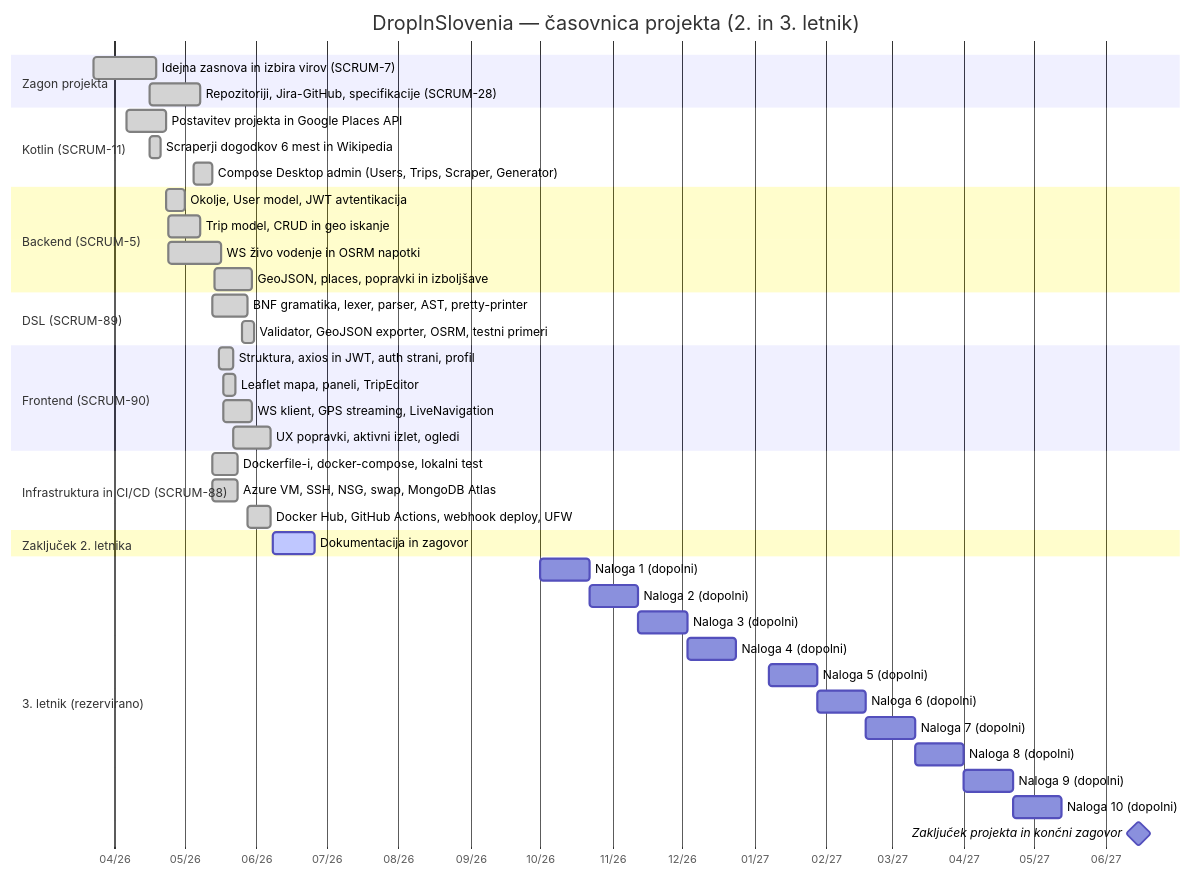
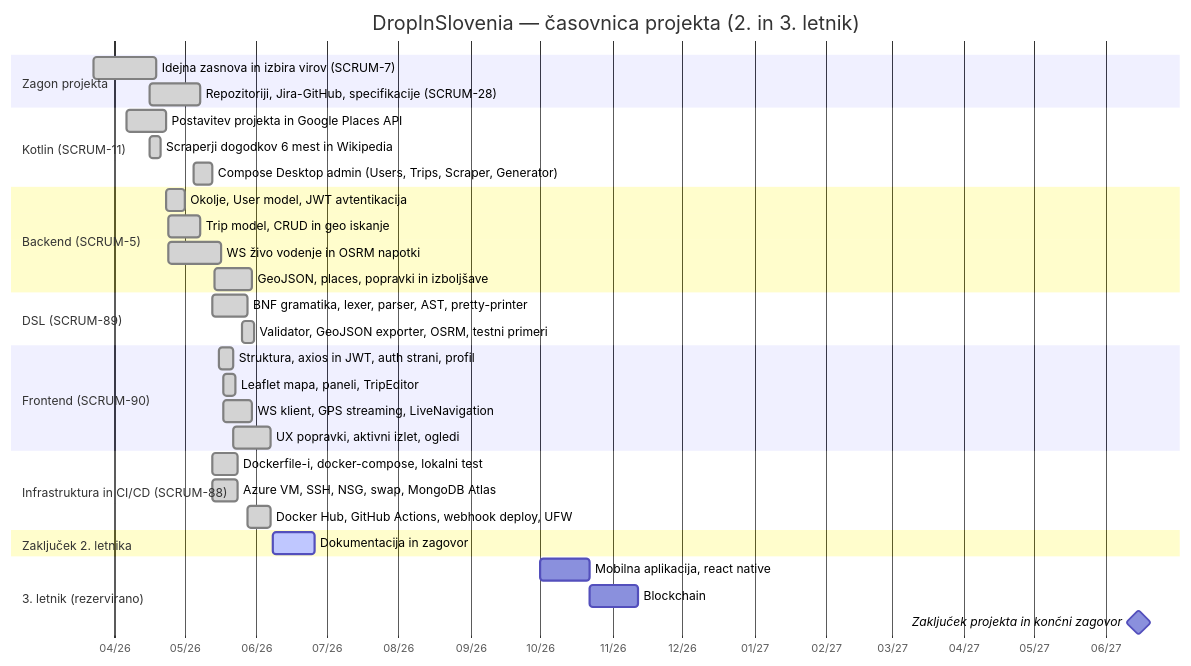
One commit to DropInSlovenia/dokumentacija changed the first of 11 diagrams in DOKUMENTACIJA.md. Above: the diagram before and after it, drawn with Mermaid.

````diff
--- a/DOKUMENTACIJA.md
+++ b/DOKUMENTACIJA.md
@@ -57,52 +57,44 @@
 ```mermaid
 gantt
     title DropInSlovenia — časovnica projekta (2. in 3. letnik)
     dateFormat  YYYY-MM-DD
     axisFormat  %m/%y
 
     section Zagon projekta
     Idejna zasnova in izbira virov (SCRUM-7)              :done, vir,   2026-03-23, 2026-04-19
     Repozitoriji, Jira-GitHub, specifikacije (SCRUM-28)   :done, setup, 2026-04-16, 2026-05-08
 
     section Kotlin (SCRUM-11)
     Postavitev projekta in Google Places API              :done, kt1, 2026-04-06, 2026-04-23
     Scraperji dogodkov 6 mest in Wikipedia                :done, kt2, 2026-04-16, 2026-04-21
     Compose Desktop admin (Users, Trips, Scraper, Generator) :done, kt3, 2026-05-05, 2026-05-13
 
     section Backend (SCRUM-5)
     Okolje, User model, JWT avtentikacija                 :done, be1, 2026-04-23, 2026-05-01
     Trip model, CRUD in geo iskanje                       :done, be2, 2026-04-24, 2026-05-08
     WS živo vodenje in OSRM napotki                       :done, be3, 2026-04-24, 2026-05-17
     GeoJSON, places, popravki in izboljšave               :done, be4, 2026-05-14, 2026-05-30
 
     section DSL (SCRUM-89)
     BNF gramatika, lexer, parser, AST, pretty-printer     :done, dsl1, 2026-05-13, 2026-05-28
     Validator, GeoJSON exporter, OSRM, testni primeri     :done, dsl2, 2026-05-26, 2026-05-31
 
     section Frontend (SCRUM-90)
     Struktura, axios in JWT, auth strani, profil          :done, fe1, 2026-05-16, 2026-05-22
     Leaflet mapa, paneli, TripEditor                      :done, fe2, 2026-05-18, 2026-05-23
     WS klient, GPS streaming, LiveNavigation              :done, fe3, 2026-05-18, 2026-05-30
     UX popravki, aktivni izlet, ogledi                    :done, fe4, 2026-05-22, 2026-06-07
 
     section Infrastruktura in CI/CD (SCRUM-88)
     Dockerfile-i, docker-compose, lokalni test            :done, inf1, 2026-05-13, 2026-05-24
     Azure VM, SSH, NSG, swap, MongoDB Atlas               :done, inf2, 2026-05-13, 2026-05-24
     Docker Hub, GitHub Actions, webhook deploy, UFW       :done, inf3, 2026-05-28, 2026-06-07
 
     section Zaključek 2. letnika
     Dokumentacija in zagovor                              :active, doc, 2026-06-08, 2026-06-26
 
     section 3. letnik (rezervirano)
-    Naloga 1 (dopolni)                                    :t1,  2026-10-01, 21d
-    Naloga 2 (dopolni)                                    :t2,  2026-10-22, 21d
-    Naloga 3 (dopolni)                                    :t3,  2026-11-12, 21d
-    Naloga 4 (dopolni)                                    :t4,  2026-12-03, 21d
-    Naloga 5 (dopolni)                                    :t5,  2027-01-07, 21d
-    Naloga 6 (dopolni)                                    :t6,  2027-01-28, 21d
-    Naloga 7 (dopolni)                                    :t7,  2027-02-18, 21d
-    Naloga 8 (dopolni)                                    :t8,  2027-03-11, 21d
-    Naloga 9 (dopolni)                                    :t9,  2027-04-01, 21d
-    Naloga 10 (dopolni)                                   :t10, 2027-04-22, 21d
+    Mobilna aplikacija, react native                                    :t1,  2026-10-01, 21d
+    Blockchain                                    :t2,  2026-10-22, 21d
     Zaključek projekta in končni zagovor                  :milestone, konec, 2027-06-15, 0d
 ```
````
